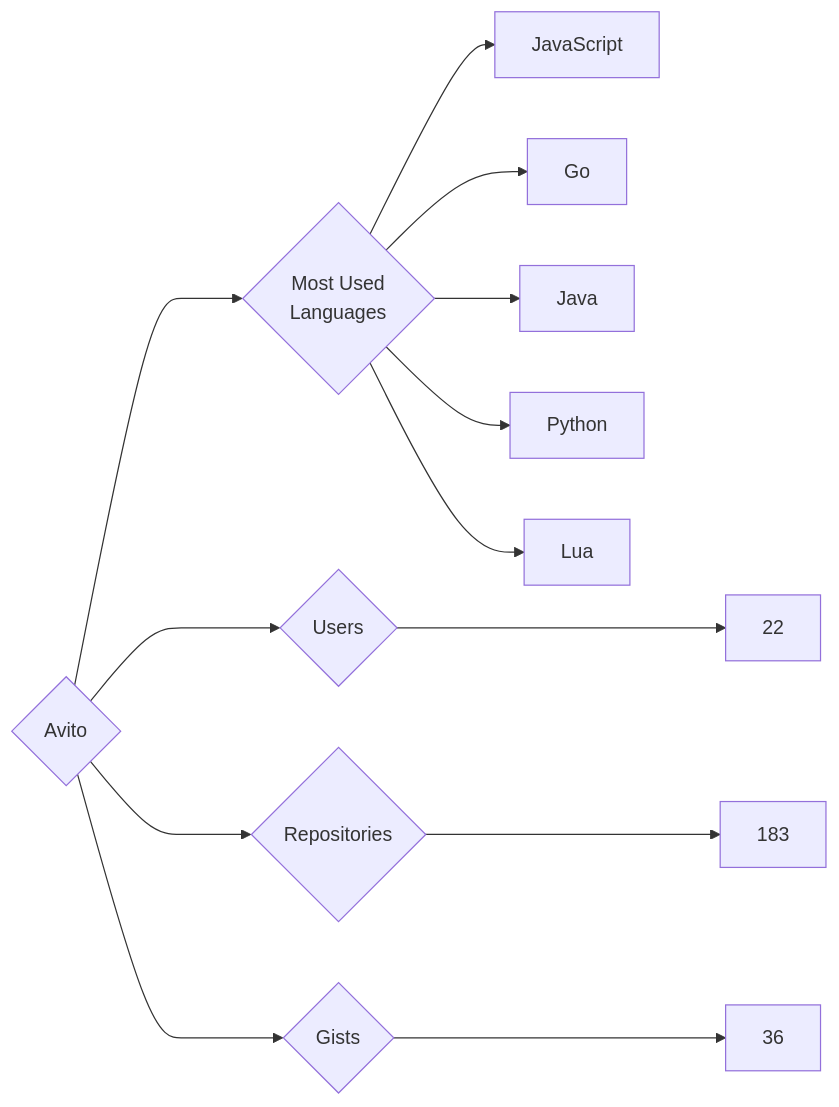
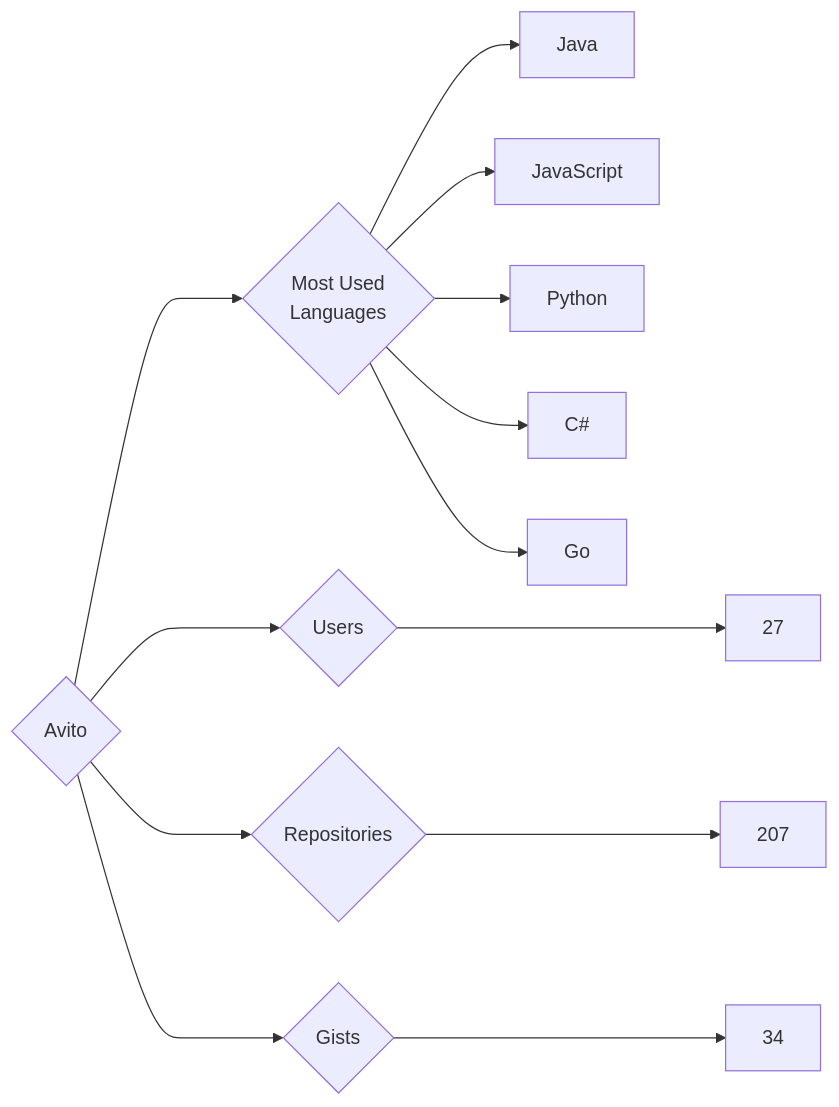
Before and after one commit to trickest/insiders: the diagram in targets/Avito/README.md, drawn with Mermaid. The commit also changed 891 other files, not shown here.

````diff
--- a/targets/Avito/README.md
+++ b/targets/Avito/README.md
@@ -3,13 +3,13 @@
 ```mermaid
 graph LR
 COMPANY_NAME{Avito}
-COMPANY_NAME ---> U{Users} ---> UN[22]
-COMPANY_NAME ---> R{Repositories} ---> RN[183]
-COMPANY_NAME ---> G{Gists} ---> GN[36]
+COMPANY_NAME ---> U{Users} ---> UN[27]
+COMPANY_NAME ---> R{Repositories} ---> RN[207]
+COMPANY_NAME ---> G{Gists} ---> GN[34]
 COMPANY_NAME ---> ML{Most Used<br>Languages}
+ML --> Java[Java]
 ML --> JavaScript[JavaScript]
+ML --> Python[Python]
+ML --> C#[C#]
 ML --> Go[Go]
-ML --> Java[Java]
-ML --> Python[Python]
-ML --> Lua[Lua]
 ```
````
